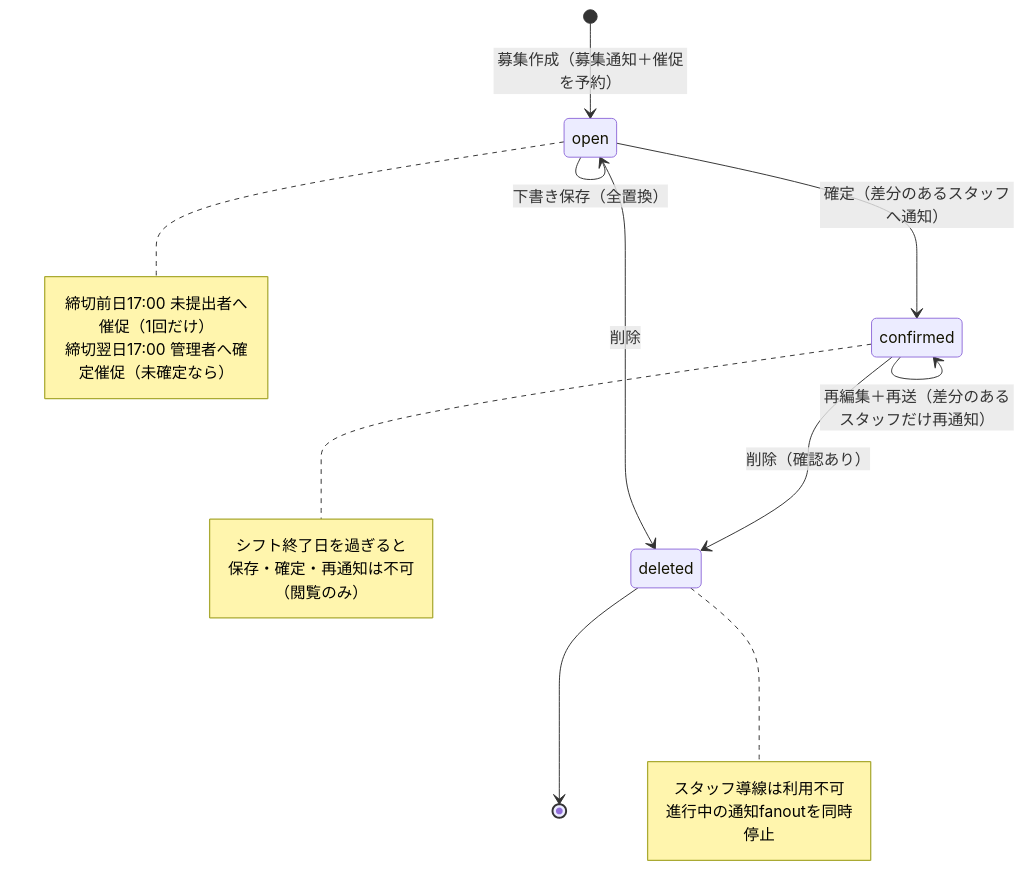
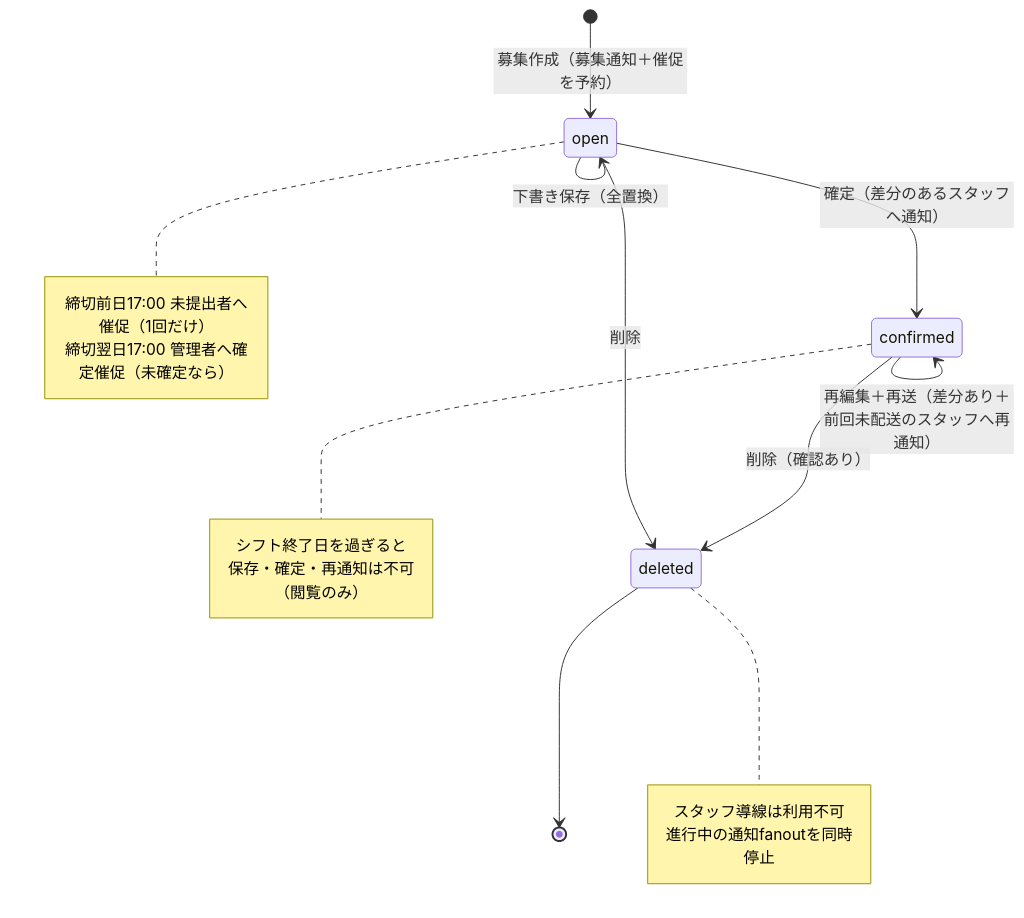
One commit to yn1323/yps-crispy-carnival changed the diagram in doc/features/behavior-shift.md. Above: the diagram before and after it, drawn with Mermaid. The commit also changed other lines of this file and 5 other files, not shown here.

````diff
--- a/doc/features/behavior-shift.md
+++ b/doc/features/behavior-shift.md
@@ -33,23 +33,23 @@
 ```mermaid
 stateDiagram-v2
     [*] --> open : 募集作成（募集通知＋催促を予約）
     open --> open : 下書き保存（全置換）
     open --> confirmed : 確定（差分のあるスタッフへ通知）
-    confirmed --> confirmed : 再編集＋再送（差分のあるスタッフだけ再通知）
+    confirmed --> confirmed : 再編集＋再送（差分あり＋前回未配送のスタッフへ再通知）
     open --> deleted : 削除
     confirmed --> deleted : 削除（確認あり）
     deleted --> [*]
 
     note right of open
         締切前日17:00 未提出者へ催促（1回だけ）
         締切翌日17:00 管理者へ確定催促（未確定なら）
     end note
     note right of confirmed
         シフト終了日を過ぎると
         保存・確定・再通知は不可（閲覧のみ）
     end note
     note right of deleted
         スタッフ導線は利用不可
         進行中の通知fanoutを同時停止
     end note
 ```
````
